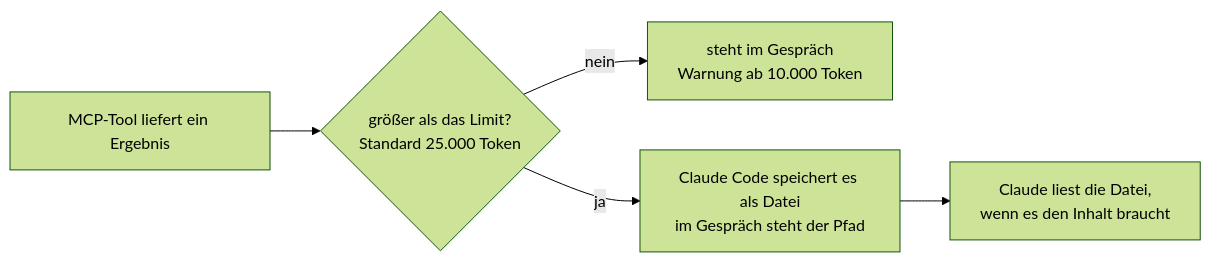
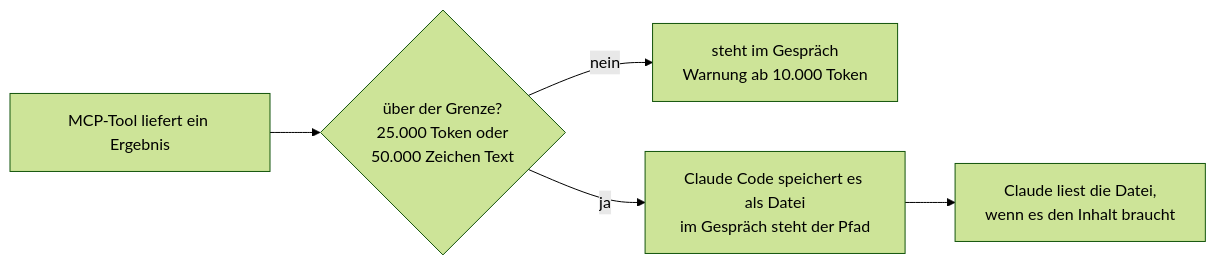
Before and after one commit to dynamic-dome/dynamic-workshop: the diagram in resources/library/s2-16-mcp-im-detail.md, drawn with Mermaid (forest theme). The commit also changed other lines of this file, not shown here.

````diff
--- a/resources/library/s2-16-mcp-im-detail.md
+++ b/resources/library/s2-16-mcp-im-detail.md
@@ -42,7 +40,7 @@
 ```mermaid
 flowchart LR
-  A["MCP-Tool liefert ein Ergebnis"] --> B{"größer als das Limit?<br/>Standard 25.000 Token"}
+  A["MCP-Tool liefert ein Ergebnis"] --> B{"über der Grenze?<br/>25.000 Token oder<br/>50.000 Zeichen Text"}
   B -- "nein" --> C["steht im Gespräch<br/>Warnung ab 10.000 Token"]
   B -- "ja" --> D["Claude Code speichert es als Datei<br/>im Gespräch steht der Pfad"]
   D --> E["Claude liest die Datei,<br/>wenn es den Inhalt braucht"]
 ```
````
